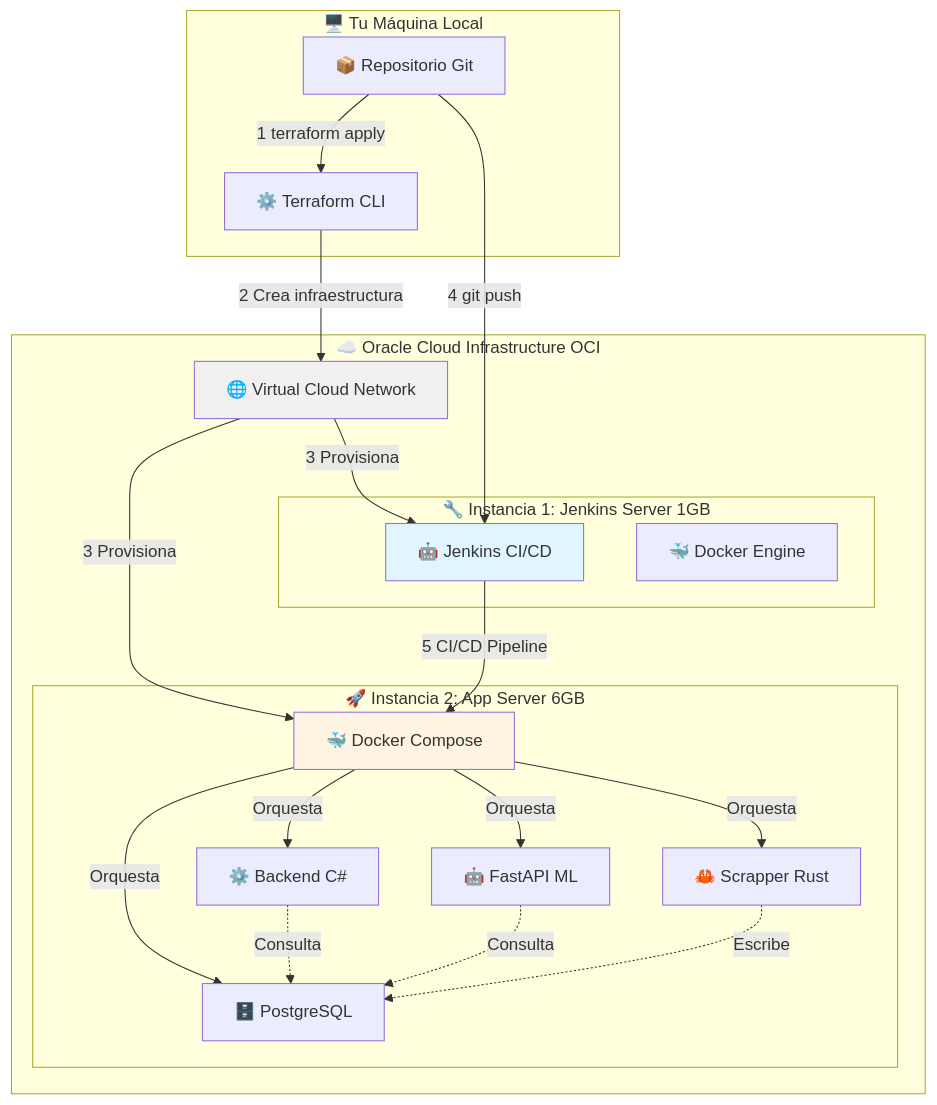
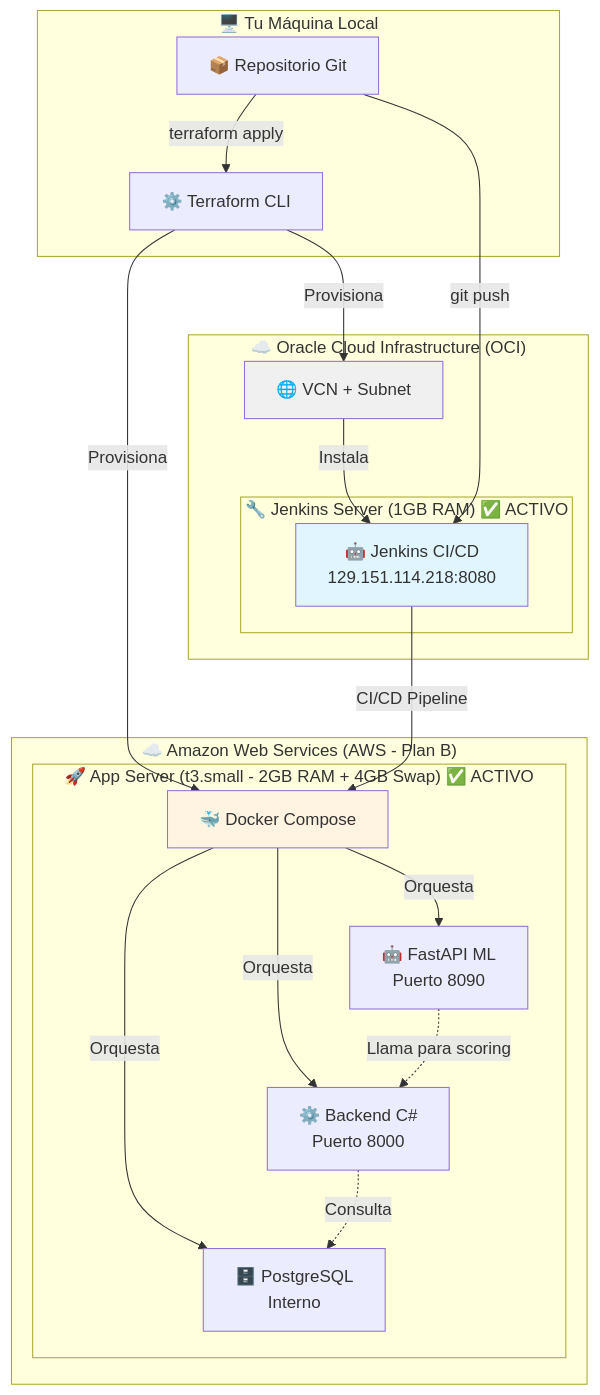
The first of 2 diagrams in infrastructure/README.md (No-Country-simulation/S02-26-Equipo-48--EquineLead), drawn with Mermaid before and after one commit. The commit also changed other lines of this file and 19 other files, not shown here.

````diff
--- a/infrastructure/README.md
+++ b/infrastructure/README.md
@@ -15,42 +16,39 @@
 ```mermaid
 graph TB
     subgraph "🖥️ Tu Máquina Local"
         REPO[📦 Repositorio Git]
         TERRAFORM[⚙️ Terraform CLI]
     end
 
-    subgraph "☁️ Oracle Cloud Infrastructure OCI"
-        subgraph "🔧 Instancia 1: Jenkins Server 1GB"
-            JENKINS[🤖 Jenkins CI/CD]
-            DOCKER_J[🐳 Docker Engine]
+    subgraph "☁️ Oracle Cloud Infrastructure (OCI)"
+        subgraph "🔧 Jenkins Server (1GB RAM) ✅ ACTIVO"
+            JENKINS["🤖 Jenkins CI/CD\n129.151.114.218:8080"]
         end
-
-        subgraph "🚀 Instancia 2: App Server 6GB"
-            DOCKER_COMPOSE[🐳 Docker Compose]
-            BACKEND[⚙️ Backend C#]
-            FASTAPI[🤖 FastAPI ML]
-            SCRAPPER[🦀 Scrapper Rust]
-            DB[🗄️ PostgreSQL]
-        end
-
-        VCN[🌐 Virtual Cloud Network]
+        VCN[🌐 VCN + Subnet]
     end
 
-    REPO -->|1 terraform apply| TERRAFORM
-    TERRAFORM -->|2 Crea infraestructura| VCN
-    VCN -->|3 Provisiona| JENKINS
-    VCN -->|3 Provisiona| DOCKER_COMPOSE
-    REPO -->|4 git push| JENKINS
-    JENKINS -->|5 CI/CD Pipeline| DOCKER_COMPOSE
+    subgraph "☁️ Amazon Web Services (AWS - Plan B)"
+        subgraph "🚀 App Server (t3.small - 2GB RAM + 4GB Swap) ✅ ACTIVO"
+            DOCKER_COMPOSE[🐳 Docker Compose]
+            BACKEND["⚙️ Backend C#\nPuerto 8000"]
+            FASTAPI["🤖 FastAPI ML\nPuerto 8090"]
+            DB["🗄️ PostgreSQL\nInterno"]
+        end
+    end
+
+    REPO -->|terraform apply| TERRAFORM
+    TERRAFORM -->|Provisiona| VCN
+    VCN -->|Instala| JENKINS
+    TERRAFORM -->|Provisiona| DOCKER_COMPOSE
+    REPO -->|git push| JENKINS
+    JENKINS -->|CI/CD Pipeline| DOCKER_COMPOSE
     DOCKER_COMPOSE -->|Orquesta| BACKEND
     DOCKER_COMPOSE -->|Orquesta| FASTAPI
-    DOCKER_COMPOSE -->|Orquesta| SCRAPPER
     DOCKER_COMPOSE -->|Orquesta| DB
     BACKEND -.->|Consulta| DB
-    FASTAPI -.->|Consulta| DB
-    SCRAPPER -.->|Escribe| DB
+    FASTAPI -.->|Llama para scoring| BACKEND
 
     style JENKINS fill:#e1f5ff
     style DOCKER_COMPOSE fill:#fff4e1
     style VCN fill:#f0f0f0
 ```
````
